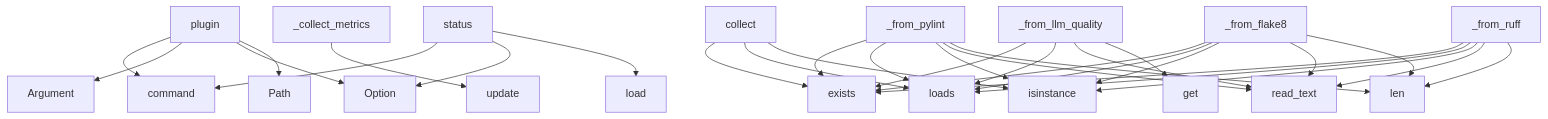
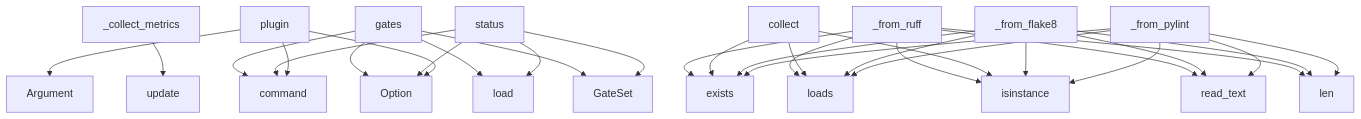
One commit to semcod/pyqual changed the diagram in project/context.md. Above: the diagram before and after it, drawn with Mermaid. The commit also changed other lines of this file and 28 other files, not shown here.

````diff
--- a/project/context.md
+++ b/project/context.md
@@ -381,33 +378,33 @@
 ```mermaid
 graph TD
     plugin --> command
     plugin --> Argument
     plugin --> Option
-    plugin --> Path
     _collect_metrics --> update
     _from_pylint --> exists
     _from_pylint --> loads
     _from_pylint --> isinstance
     _from_pylint --> read_text
     _from_pylint --> len
-    _from_llm_quality --> exists
-    _from_llm_quality --> loads
-    _from_llm_quality --> read_text
-    _from_llm_quality --> get
     _from_flake8 --> exists
     _from_flake8 --> loads
     _from_flake8 --> isinstance
     _from_flake8 --> read_text
     _from_flake8 --> len
     collect --> exists
     collect --> loads
     collect --> isinstance
     _from_ruff --> exists
     _from_ruff --> loads
     _from_ruff --> isinstance
     _from_ruff --> read_text
     _from_ruff --> len
     status --> command
     status --> Option
     status --> load
+    status --> GateSet
+    gates --> command
+    gates --> Option
+    gates --> load
+    gates --> GateSet
 ```
````
